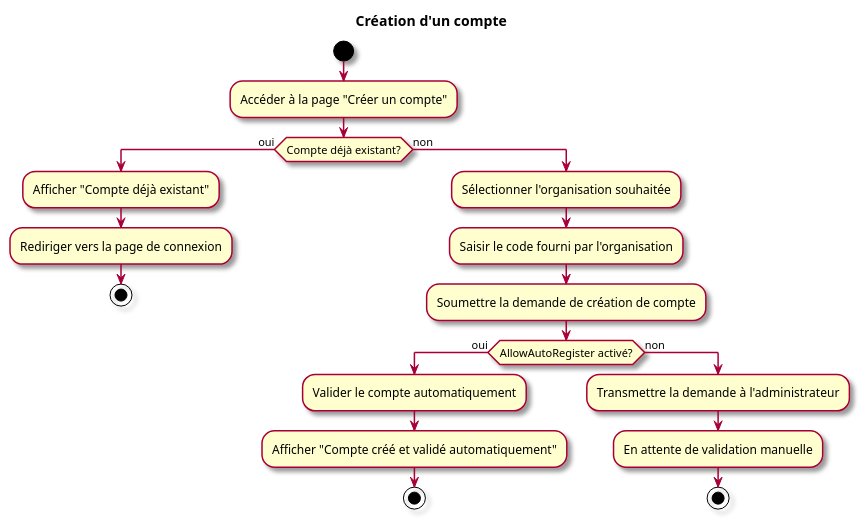
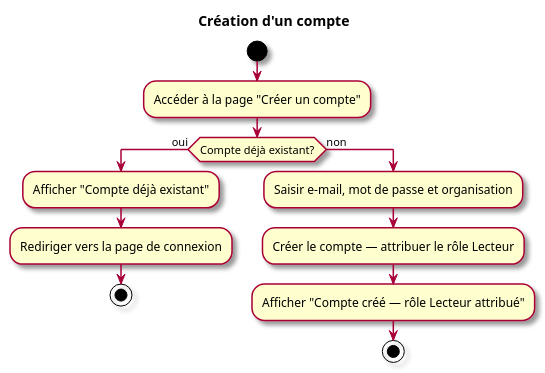
The second of 2 diagrams in specs/1-Expression/UCA-Compte_et_Acces/UCA01.md (olivaux/myr), drawn with PlantUML before and after one commit. The commit also changed other lines of this file and 7 other files, not shown here.

````diff
--- a/specs/1-Expression/UCA-Compte_et_Acces/UCA01.md
+++ b/specs/1-Expression/UCA-Compte_et_Acces/UCA01.md
@@ -73,26 +64,18 @@
 ```plantuml
 @startuml
 skin rose
 title Création d'un compte
 start
 :Accéder à la page "Créer un compte";
 if (Compte déjà existant?) then (oui)
   :Afficher "Compte déjà existant";
   :Rediriger vers la page de connexion;
   stop
 else (non)
-  :Sélectionner l'organisation souhaitée;
-  :Saisir le code fourni par l'organisation;
-  :Soumettre la demande de création de compte;
-  if (AllowAutoRegister activé?) then (oui)
-    :Valider le compte automatiquement;
-    :Afficher "Compte créé et validé automatiquement";
-    stop
-  else (non)
-    :Transmettre la demande à l'administrateur;
-    :En attente de validation manuelle;
-    stop
-  endif
+  :Saisir e-mail, mot de passe et organisation;
+  :Créer le compte — attribuer le rôle Lecteur;
+  :Afficher "Compte créé — rôle Lecteur attribué";
+  stop
 endif
 @enduml
 ```
````
